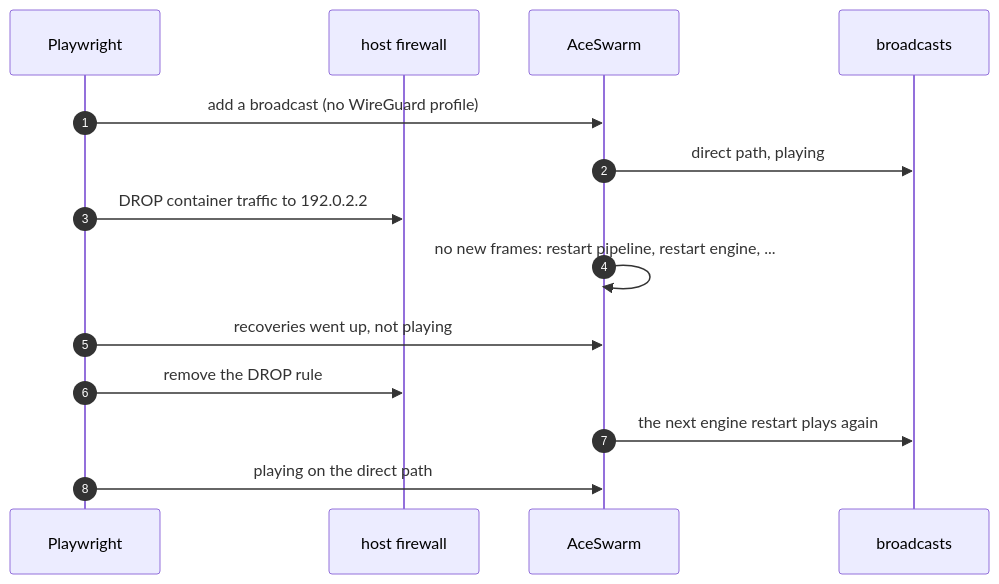
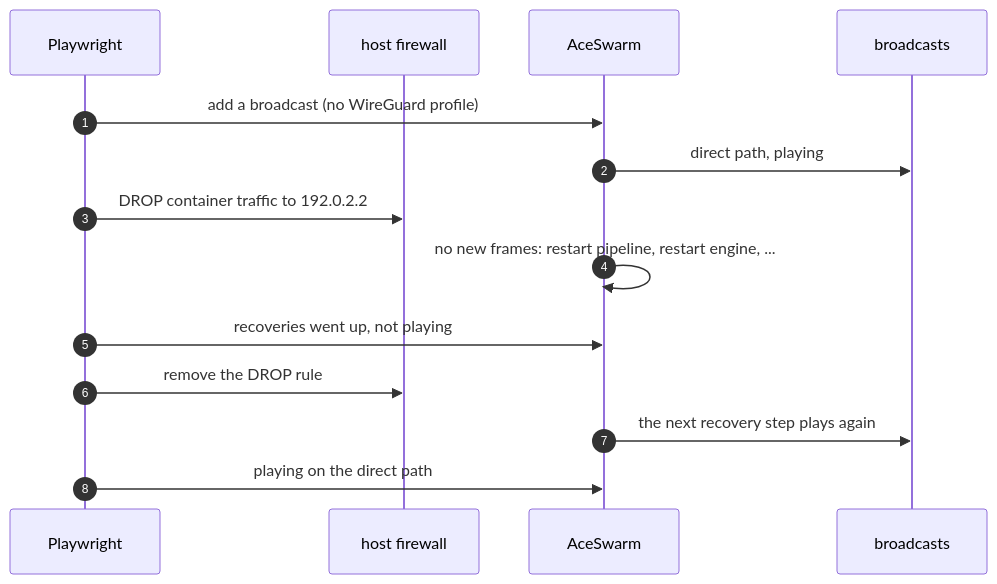
One commit to sergimn/AceSwarm changed the eighth of 10 diagrams in e2e/README.md. Above: the diagram before and after it, drawn with Mermaid. The commit also changed other lines of this file and 5 other files, not shown here.

````diff
--- a/e2e/README.md
+++ b/e2e/README.md
@@ -210,16 +211,16 @@
 ```mermaid
 sequenceDiagram
   autonumber
   participant T as Playwright
   participant FW as host firewall
   participant AS as AceSwarm
   participant SRC as broadcasts
   T->>AS: add a broadcast (no WireGuard profile)
   AS->>SRC: direct path, playing
   T->>FW: DROP container traffic to 192.0.2.2
   AS->>AS: no new frames: restart pipeline, restart engine, ...
   T->>AS: recoveries went up, not playing
   T->>FW: remove the DROP rule
-  AS->>SRC: the next engine restart plays again
+  AS->>SRC: the next recovery step plays again
   T->>AS: playing on the direct path
 ```
````
